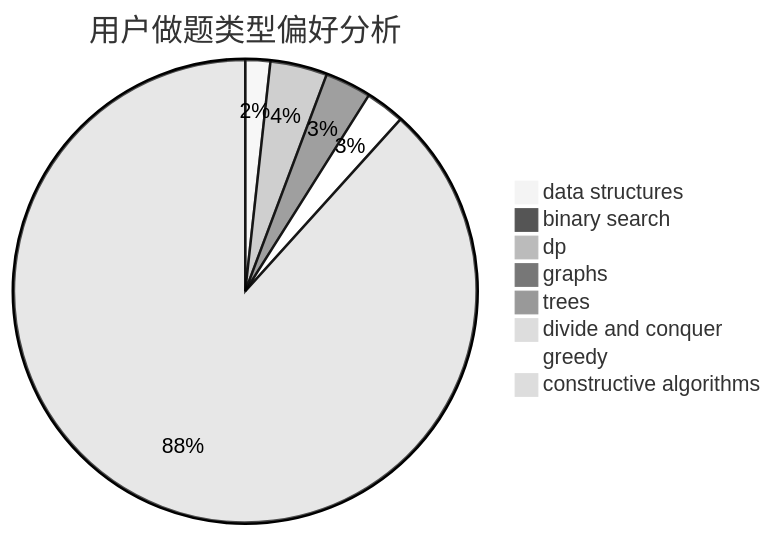
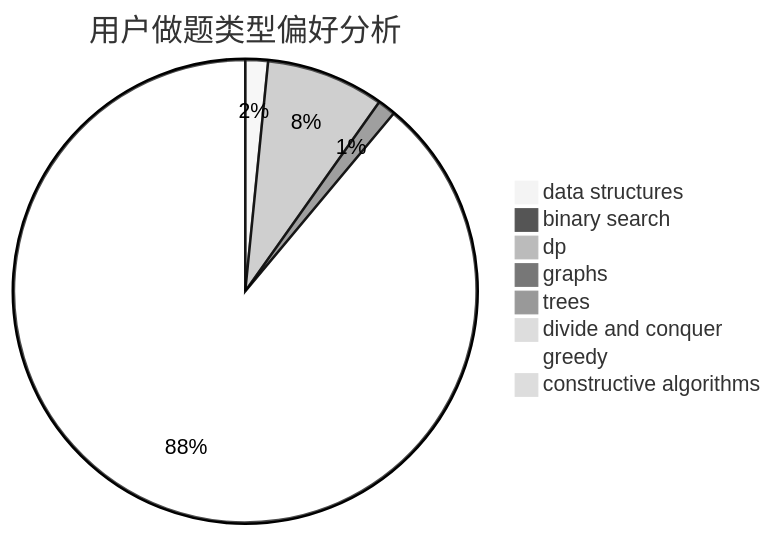
One commit to sherpahu/cfrs.github.io changed the second of 3 diagrams in docs/user/u2430.md. Above: the diagram before and after it, drawn with Mermaid (neutral theme). The commit also changed other lines of this file and 2770 other files, not shown here.

````diff
--- a/docs/user/u2430.md
+++ b/docs/user/u2430.md
@@ -23,11 +23,11 @@
 ```mermaid
 pie title 用户做题类型偏好分析
-    "data structures" :  7
+    "data structures" :  5
     "binary search" :  0
-    "dp" :  16
-    "graphs" :  13
-    "trees" :  2
+    "dp" :  26
+    "graphs" :  4
+    "trees" :  0
     "divide and conquer" :  0
-    "greedy" :  11
-    "constructive algorithms" :  355
+    "greedy" :  281
+    "constructive algorithms" :  3
 ```
````
